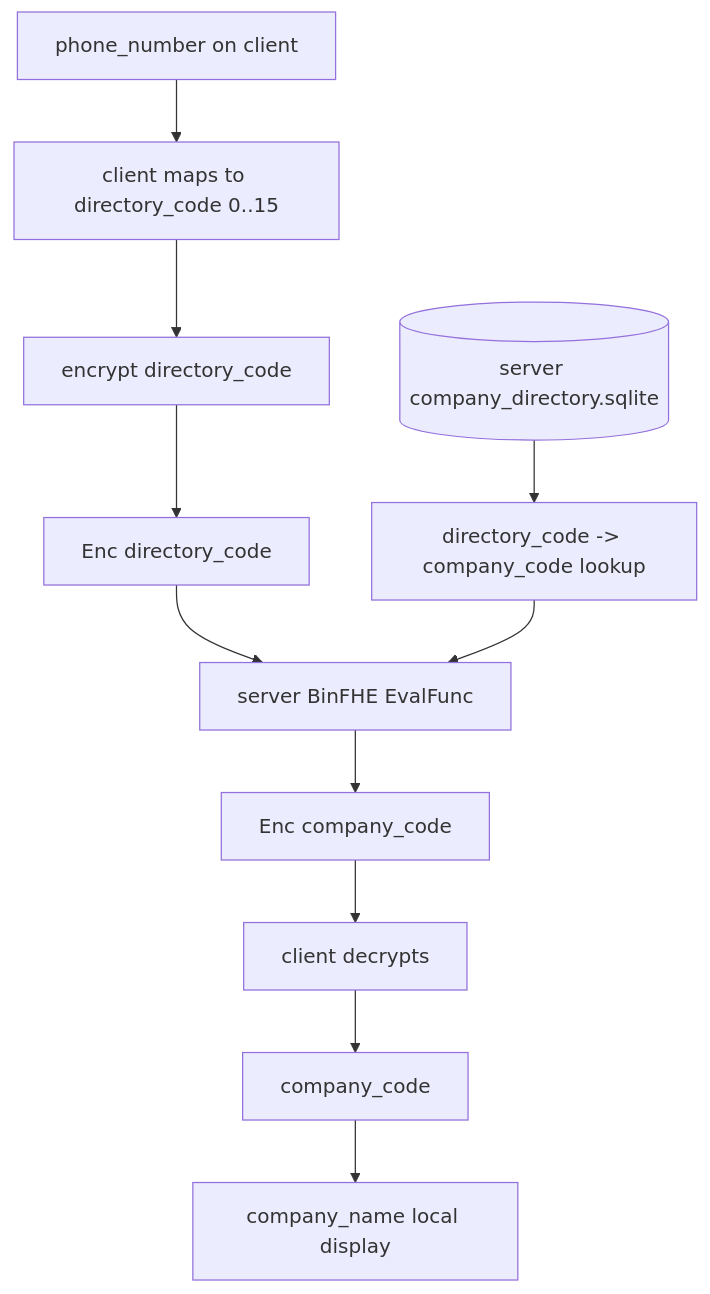
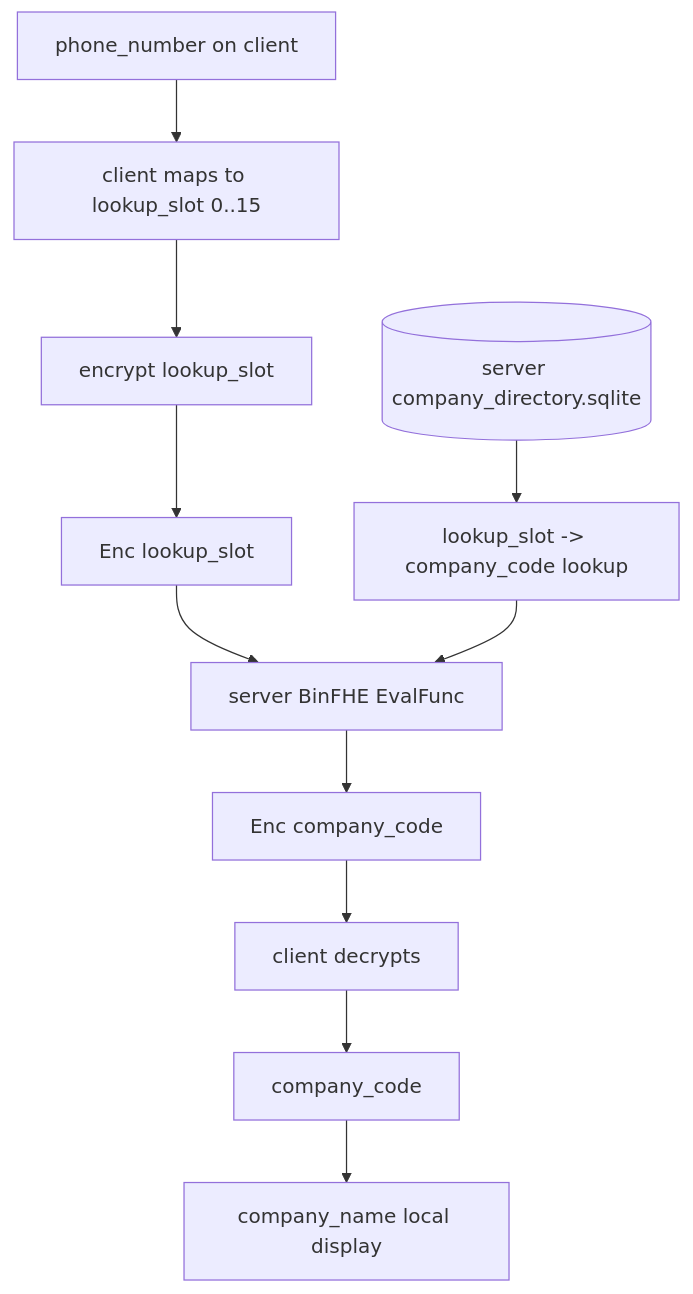
One commit to Nhatcao1/he_profiler changed the second of 2 diagrams in PRIVATE_COMPANY_LOOKUP_FLOW.md. Above: the diagram before and after it, drawn with Mermaid. The commit also changed other lines of this file and 11 other files, not shown here.

Commit message:
Simplify phone lookup CLI

````diff
--- a/PRIVATE_COMPANY_LOOKUP_FLOW.md
+++ b/PRIVATE_COMPANY_LOOKUP_FLOW.md
@@ -82,15 +82,15 @@
 ```mermaid
 flowchart TD
-    PHONE[phone_number on client] --> MAP[client maps to directory_code 0..15]
-    MAP --> ENC[encrypt directory_code]
-    ENC --> CTQ[Enc directory_code]
+    PHONE[phone_number on client] --> MAP[client maps to lookup_slot 0..15]
+    MAP --> ENC[encrypt lookup_slot]
+    ENC --> CTQ[Enc lookup_slot]
 
-    DB[(server company_directory.sqlite)] --> LUT[directory_code -> company_code lookup]
+    DB[(server company_directory.sqlite)] --> LUT[lookup_slot -> company_code lookup]
     CTQ --> EVAL[server BinFHE EvalFunc]
     LUT --> EVAL
     EVAL --> CTR[Enc company_code]
 
     CTR --> DEC[client decrypts]
     DEC --> CODE[company_code]
     CODE --> NAME[company_name local display]
 ```
````
